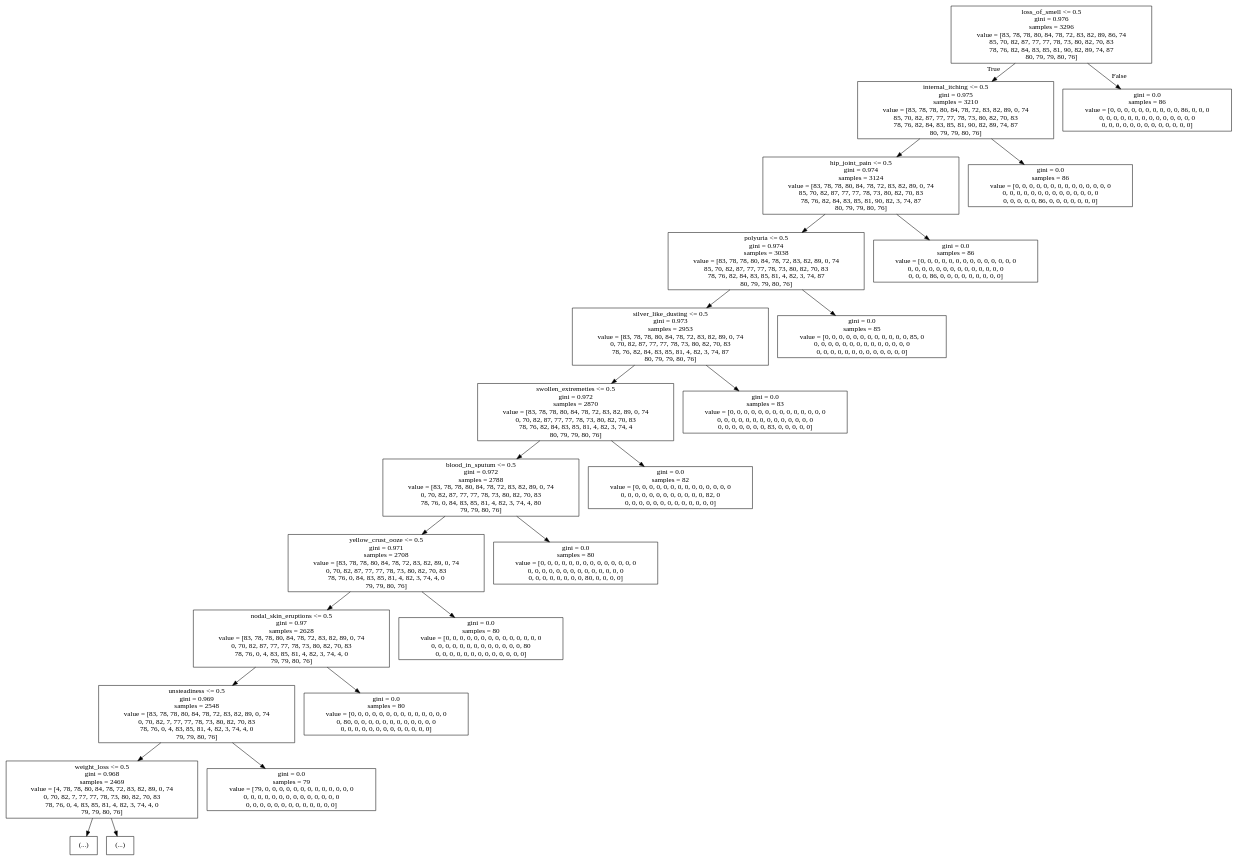
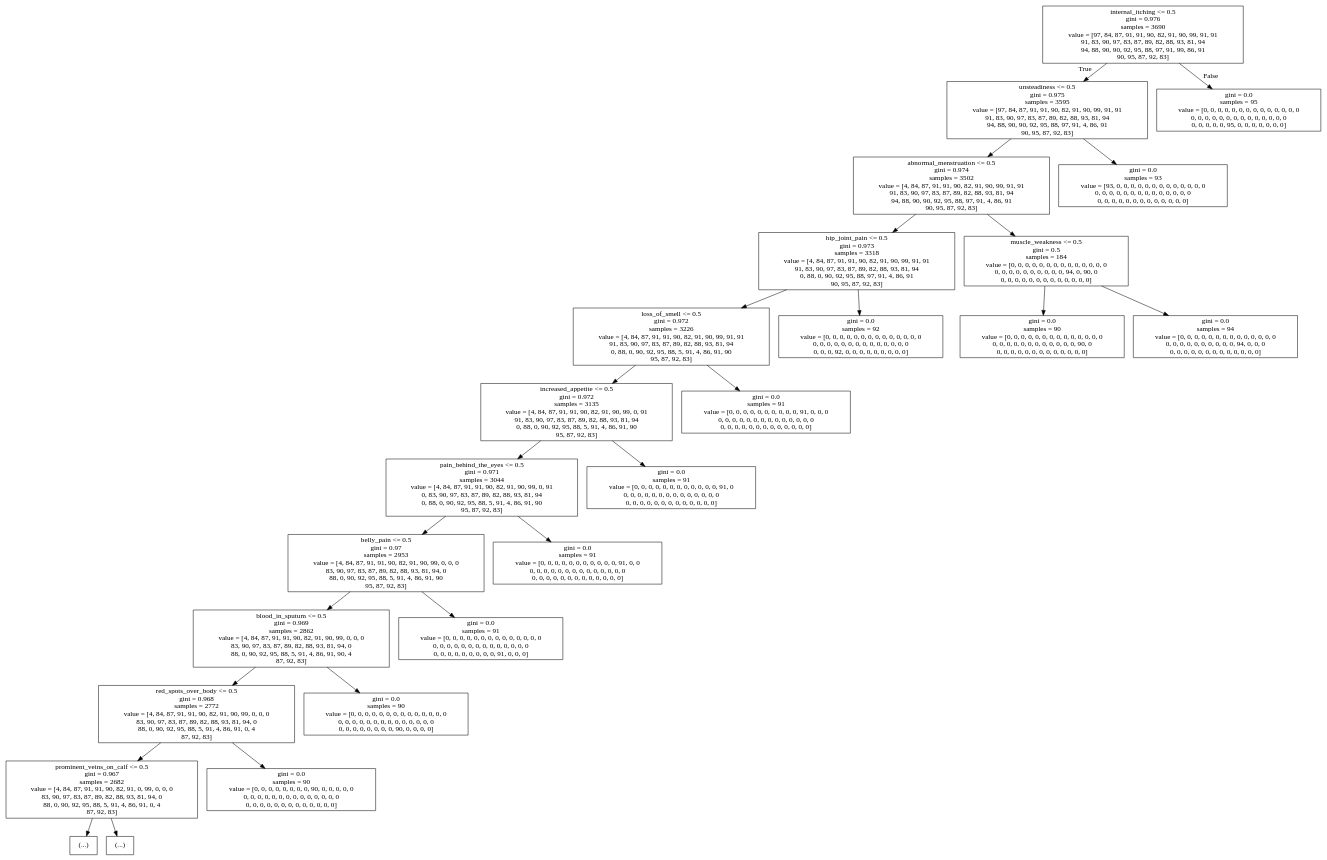
One commit to nnthanh101/Machine-Learning changed the diagram in dot-files/decision-tree-top10.dot. Above: the diagram before and after it, drawn with Graphviz. The commit also changed 4 other files, not shown here.

```diff
--- a/dot-files/decision-tree-top10.dot
+++ b/dot-files/decision-tree-top10.dot
@@ -1,48 +1,52 @@
 digraph Tree {
 node [shape=box] ;
-0 [label="loss_of_smell <= 0.5\ngini = 0.976\nsamples = 3296\nvalue = [83, 78, 78, 80, 84, 78, 72, 83, 82, 89, 86, 74\n85, 70, 82, 87, 77, 77, 78, 73, 80, 82, 70, 83\n78, 76, 82, 84, 83, 85, 81, 90, 82, 89, 74, 87\n80, 79, 79, 80, 76]"] ;
-1 [label="internal_itching <= 0.5\ngini = 0.975\nsamples = 3210\nvalue = [83, 78, 78, 80, 84, 78, 72, 83, 82, 89, 0, 74\n85, 70, 82, 87, 77, 77, 78, 73, 80, 82, 70, 83\n78, 76, 82, 84, 83, 85, 81, 90, 82, 89, 74, 87\n80, 79, 79, 80, 76]"] ;
+0 [label="internal_itching <= 0.5\ngini = 0.976\nsamples = 3690\nvalue = [97, 84, 87, 91, 91, 90, 82, 91, 90, 99, 91, 91\n91, 83, 90, 97, 83, 87, 89, 82, 88, 93, 81, 94\n94, 88, 90, 90, 92, 95, 88, 97, 91, 99, 86, 91\n90, 95, 87, 92, 83]"] ;
+1 [label="unsteadiness <= 0.5\ngini = 0.975\nsamples = 3595\nvalue = [97, 84, 87, 91, 91, 90, 82, 91, 90, 99, 91, 91\n91, 83, 90, 97, 83, 87, 89, 82, 88, 93, 81, 94\n94, 88, 90, 90, 92, 95, 88, 97, 91, 4, 86, 91\n90, 95, 87, 92, 83]"] ;
 0 -> 1 [labeldistance=2.5, labelangle=45, headlabel="True"] ;
-2 [label="hip_joint_pain <= 0.5\ngini = 0.974\nsamples = 3124\nvalue = [83, 78, 78, 80, 84, 78, 72, 83, 82, 89, 0, 74\n85, 70, 82, 87, 77, 77, 78, 73, 80, 82, 70, 83\n78, 76, 82, 84, 83, 85, 81, 90, 82, 3, 74, 87\n80, 79, 79, 80, 76]"] ;
+2 [label="abnormal_menstruation <= 0.5\ngini = 0.974\nsamples = 3502\nvalue = [4, 84, 87, 91, 91, 90, 82, 91, 90, 99, 91, 91\n91, 83, 90, 97, 83, 87, 89, 82, 88, 93, 81, 94\n94, 88, 90, 90, 92, 95, 88, 97, 91, 4, 86, 91\n90, 95, 87, 92, 83]"] ;
 1 -> 2 ;
-3 [label="polyuria <= 0.5\ngini = 0.974\nsamples = 3038\nvalue = [83, 78, 78, 80, 84, 78, 72, 83, 82, 89, 0, 74\n85, 70, 82, 87, 77, 77, 78, 73, 80, 82, 70, 83\n78, 76, 82, 84, 83, 85, 81, 4, 82, 3, 74, 87\n80, 79, 79, 80, 76]"] ;
+3 [label="hip_joint_pain <= 0.5\ngini = 0.973\nsamples = 3318\nvalue = [4, 84, 87, 91, 91, 90, 82, 91, 90, 99, 91, 91\n91, 83, 90, 97, 83, 87, 89, 82, 88, 93, 81, 94\n0, 88, 0, 90, 92, 95, 88, 97, 91, 4, 86, 91\n90, 95, 87, 92, 83]"] ;
 2 -> 3 ;
-4 [label="silver_like_dusting <= 0.5\ngini = 0.973\nsamples = 2953\nvalue = [83, 78, 78, 80, 84, 78, 72, 83, 82, 89, 0, 74\n0, 70, 82, 87, 77, 77, 78, 73, 80, 82, 70, 83\n78, 76, 82, 84, 83, 85, 81, 4, 82, 3, 74, 87\n80, 79, 79, 80, 76]"] ;
+4 [label="loss_of_smell <= 0.5\ngini = 0.972\nsamples = 3226\nvalue = [4, 84, 87, 91, 91, 90, 82, 91, 90, 99, 91, 91\n91, 83, 90, 97, 83, 87, 89, 82, 88, 93, 81, 94\n0, 88, 0, 90, 92, 95, 88, 5, 91, 4, 86, 91, 90\n95, 87, 92, 83]"] ;
 3 -> 4 ;
-5 [label="swollen_extremeties <= 0.5\ngini = 0.972\nsamples = 2870\nvalue = [83, 78, 78, 80, 84, 78, 72, 83, 82, 89, 0, 74\n0, 70, 82, 87, 77, 77, 78, 73, 80, 82, 70, 83\n78, 76, 82, 84, 83, 85, 81, 4, 82, 3, 74, 4\n80, 79, 79, 80, 76]"] ;
+5 [label="increased_appetite <= 0.5\ngini = 0.972\nsamples = 3135\nvalue = [4, 84, 87, 91, 91, 90, 82, 91, 90, 99, 0, 91\n91, 83, 90, 97, 83, 87, 89, 82, 88, 93, 81, 94\n0, 88, 0, 90, 92, 95, 88, 5, 91, 4, 86, 91, 90\n95, 87, 92, 83]"] ;
 4 -> 5 ;
-6 [label="blood_in_sputum <= 0.5\ngini = 0.972\nsamples = 2788\nvalue = [83, 78, 78, 80, 84, 78, 72, 83, 82, 89, 0, 74\n0, 70, 82, 87, 77, 77, 78, 73, 80, 82, 70, 83\n78, 76, 0, 84, 83, 85, 81, 4, 82, 3, 74, 4, 80\n79, 79, 80, 76]"] ;
+6 [label="pain_behind_the_eyes <= 0.5\ngini = 0.971\nsamples = 3044\nvalue = [4, 84, 87, 91, 91, 90, 82, 91, 90, 99, 0, 91\n0, 83, 90, 97, 83, 87, 89, 82, 88, 93, 81, 94\n0, 88, 0, 90, 92, 95, 88, 5, 91, 4, 86, 91, 90\n95, 87, 92, 83]"] ;
 5 -> 6 ;
-7 [label="yellow_crust_ooze <= 0.5\ngini = 0.971\nsamples = 2708\nvalue = [83, 78, 78, 80, 84, 78, 72, 83, 82, 89, 0, 74\n0, 70, 82, 87, 77, 77, 78, 73, 80, 82, 70, 83\n78, 76, 0, 84, 83, 85, 81, 4, 82, 3, 74, 4, 0\n79, 79, 80, 76]"] ;
+7 [label="belly_pain <= 0.5\ngini = 0.97\nsamples = 2953\nvalue = [4, 84, 87, 91, 91, 90, 82, 91, 90, 99, 0, 0, 0\n83, 90, 97, 83, 87, 89, 82, 88, 93, 81, 94, 0\n88, 0, 90, 92, 95, 88, 5, 91, 4, 86, 91, 90\n95, 87, 92, 83]"] ;
 6 -> 7 ;
-8 [label="nodal_skin_eruptions <= 0.5\ngini = 0.97\nsamples = 2628\nvalue = [83, 78, 78, 80, 84, 78, 72, 83, 82, 89, 0, 74\n0, 70, 82, 87, 77, 77, 78, 73, 80, 82, 70, 83\n78, 76, 0, 4, 83, 85, 81, 4, 82, 3, 74, 4, 0\n79, 79, 80, 76]"] ;
+8 [label="blood_in_sputum <= 0.5\ngini = 0.969\nsamples = 2862\nvalue = [4, 84, 87, 91, 91, 90, 82, 91, 90, 99, 0, 0, 0\n83, 90, 97, 83, 87, 89, 82, 88, 93, 81, 94, 0\n88, 0, 90, 92, 95, 88, 5, 91, 4, 86, 91, 90, 4\n87, 92, 83]"] ;
 7 -> 8 ;
-9 [label="unsteadiness <= 0.5\ngini = 0.969\nsamples = 2548\nvalue = [83, 78, 78, 80, 84, 78, 72, 83, 82, 89, 0, 74\n0, 70, 82, 7, 77, 77, 78, 73, 80, 82, 70, 83\n78, 76, 0, 4, 83, 85, 81, 4, 82, 3, 74, 4, 0\n79, 79, 80, 76]"] ;
+9 [label="red_spots_over_body <= 0.5\ngini = 0.968\nsamples = 2772\nvalue = [4, 84, 87, 91, 91, 90, 82, 91, 90, 99, 0, 0, 0\n83, 90, 97, 83, 87, 89, 82, 88, 93, 81, 94, 0\n88, 0, 90, 92, 95, 88, 5, 91, 4, 86, 91, 0, 4\n87, 92, 83]"] ;
 8 -> 9 ;
-10 [label="weight_loss <= 0.5\ngini = 0.968\nsamples = 2469\nvalue = [4, 78, 78, 80, 84, 78, 72, 83, 82, 89, 0, 74\n0, 70, 82, 7, 77, 77, 78, 73, 80, 82, 70, 83\n78, 76, 0, 4, 83, 85, 81, 4, 82, 3, 74, 4, 0\n79, 79, 80, 76]"] ;
+10 [label="prominent_veins_on_calf <= 0.5\ngini = 0.967\nsamples = 2682\nvalue = [4, 84, 87, 91, 91, 90, 82, 91, 0, 99, 0, 0, 0\n83, 90, 97, 83, 87, 89, 82, 88, 93, 81, 94, 0\n88, 0, 90, 92, 95, 88, 5, 91, 4, 86, 91, 0, 4\n87, 92, 83]"] ;
 9 -> 10 ;
 11 [label="(...)"] ;
 10 -> 11 ;
-134 [label="(...)"] ;
-10 -> 134 ;
-137 [label="gini = 0.0\nsamples = 79\nvalue = [79, 0, 0, 0, 0, 0, 0, 0, 0, 0, 0, 0, 0, 0\n0, 0, 0, 0, 0, 0, 0, 0, 0, 0, 0, 0, 0, 0\n0, 0, 0, 0, 0, 0, 0, 0, 0, 0, 0, 0, 0]"] ;
-9 -> 137 ;
-138 [label="gini = 0.0\nsamples = 80\nvalue = [0, 0, 0, 0, 0, 0, 0, 0, 0, 0, 0, 0, 0, 0\n0, 80, 0, 0, 0, 0, 0, 0, 0, 0, 0, 0, 0, 0\n0, 0, 0, 0, 0, 0, 0, 0, 0, 0, 0, 0, 0]"] ;
-8 -> 138 ;
-139 [label="gini = 0.0\nsamples = 80\nvalue = [0, 0, 0, 0, 0, 0, 0, 0, 0, 0, 0, 0, 0, 0\n0, 0, 0, 0, 0, 0, 0, 0, 0, 0, 0, 0, 0, 80\n0, 0, 0, 0, 0, 0, 0, 0, 0, 0, 0, 0, 0]"] ;
-7 -> 139 ;
-140 [label="gini = 0.0\nsamples = 80\nvalue = [0, 0, 0, 0, 0, 0, 0, 0, 0, 0, 0, 0, 0, 0\n0, 0, 0, 0, 0, 0, 0, 0, 0, 0, 0, 0, 0, 0\n0, 0, 0, 0, 0, 0, 0, 0, 80, 0, 0, 0, 0]"] ;
-6 -> 140 ;
-141 [label="gini = 0.0\nsamples = 82\nvalue = [0, 0, 0, 0, 0, 0, 0, 0, 0, 0, 0, 0, 0, 0\n0, 0, 0, 0, 0, 0, 0, 0, 0, 0, 0, 0, 82, 0\n0, 0, 0, 0, 0, 0, 0, 0, 0, 0, 0, 0, 0]"] ;
-5 -> 141 ;
-142 [label="gini = 0.0\nsamples = 83\nvalue = [0, 0, 0, 0, 0, 0, 0, 0, 0, 0, 0, 0, 0, 0\n0, 0, 0, 0, 0, 0, 0, 0, 0, 0, 0, 0, 0, 0\n0, 0, 0, 0, 0, 0, 0, 83, 0, 0, 0, 0, 0]"] ;
-4 -> 142 ;
-143 [label="gini = 0.0\nsamples = 85\nvalue = [0, 0, 0, 0, 0, 0, 0, 0, 0, 0, 0, 0, 85, 0\n0, 0, 0, 0, 0, 0, 0, 0, 0, 0, 0, 0, 0, 0\n0, 0, 0, 0, 0, 0, 0, 0, 0, 0, 0, 0, 0]"] ;
-3 -> 143 ;
-144 [label="gini = 0.0\nsamples = 86\nvalue = [0, 0, 0, 0, 0, 0, 0, 0, 0, 0, 0, 0, 0, 0\n0, 0, 0, 0, 0, 0, 0, 0, 0, 0, 0, 0, 0, 0\n0, 0, 0, 86, 0, 0, 0, 0, 0, 0, 0, 0, 0]"] ;
-2 -> 144 ;
-145 [label="gini = 0.0\nsamples = 86\nvalue = [0, 0, 0, 0, 0, 0, 0, 0, 0, 0, 0, 0, 0, 0\n0, 0, 0, 0, 0, 0, 0, 0, 0, 0, 0, 0, 0, 0\n0, 0, 0, 0, 0, 86, 0, 0, 0, 0, 0, 0, 0]"] ;
-1 -> 145 ;
-146 [label="gini = 0.0\nsamples = 86\nvalue = [0, 0, 0, 0, 0, 0, 0, 0, 0, 0, 86, 0, 0, 0\n0, 0, 0, 0, 0, 0, 0, 0, 0, 0, 0, 0, 0, 0\n0, 0, 0, 0, 0, 0, 0, 0, 0, 0, 0, 0, 0]"] ;
-0 -> 146 [labeldistance=2.5, labelangle=-45, headlabel="False"] ;
+128 [label="(...)"] ;
+10 -> 128 ;
+129 [label="gini = 0.0\nsamples = 90\nvalue = [0, 0, 0, 0, 0, 0, 0, 0, 90, 0, 0, 0, 0, 0\n0, 0, 0, 0, 0, 0, 0, 0, 0, 0, 0, 0, 0, 0\n0, 0, 0, 0, 0, 0, 0, 0, 0, 0, 0, 0, 0]"] ;
+9 -> 129 ;
+130 [label="gini = 0.0\nsamples = 90\nvalue = [0, 0, 0, 0, 0, 0, 0, 0, 0, 0, 0, 0, 0, 0\n0, 0, 0, 0, 0, 0, 0, 0, 0, 0, 0, 0, 0, 0\n0, 0, 0, 0, 0, 0, 0, 0, 90, 0, 0, 0, 0]"] ;
+8 -> 130 ;
+131 [label="gini = 0.0\nsamples = 91\nvalue = [0, 0, 0, 0, 0, 0, 0, 0, 0, 0, 0, 0, 0, 0\n0, 0, 0, 0, 0, 0, 0, 0, 0, 0, 0, 0, 0, 0\n0, 0, 0, 0, 0, 0, 0, 0, 0, 91, 0, 0, 0]"] ;
+7 -> 131 ;
+132 [label="gini = 0.0\nsamples = 91\nvalue = [0, 0, 0, 0, 0, 0, 0, 0, 0, 0, 0, 91, 0, 0\n0, 0, 0, 0, 0, 0, 0, 0, 0, 0, 0, 0, 0, 0\n0, 0, 0, 0, 0, 0, 0, 0, 0, 0, 0, 0, 0]"] ;
+6 -> 132 ;
+133 [label="gini = 0.0\nsamples = 91\nvalue = [0, 0, 0, 0, 0, 0, 0, 0, 0, 0, 0, 0, 91, 0\n0, 0, 0, 0, 0, 0, 0, 0, 0, 0, 0, 0, 0, 0\n0, 0, 0, 0, 0, 0, 0, 0, 0, 0, 0, 0, 0]"] ;
+5 -> 133 ;
+134 [label="gini = 0.0\nsamples = 91\nvalue = [0, 0, 0, 0, 0, 0, 0, 0, 0, 0, 91, 0, 0, 0\n0, 0, 0, 0, 0, 0, 0, 0, 0, 0, 0, 0, 0, 0\n0, 0, 0, 0, 0, 0, 0, 0, 0, 0, 0, 0, 0]"] ;
+4 -> 134 ;
+135 [label="gini = 0.0\nsamples = 92\nvalue = [0, 0, 0, 0, 0, 0, 0, 0, 0, 0, 0, 0, 0, 0\n0, 0, 0, 0, 0, 0, 0, 0, 0, 0, 0, 0, 0, 0\n0, 0, 0, 92, 0, 0, 0, 0, 0, 0, 0, 0, 0]"] ;
+3 -> 135 ;
+136 [label="muscle_weakness <= 0.5\ngini = 0.5\nsamples = 184\nvalue = [0, 0, 0, 0, 0, 0, 0, 0, 0, 0, 0, 0, 0, 0\n0, 0, 0, 0, 0, 0, 0, 0, 0, 0, 94, 0, 90, 0\n0, 0, 0, 0, 0, 0, 0, 0, 0, 0, 0, 0, 0]"] ;
+2 -> 136 ;
+137 [label="gini = 0.0\nsamples = 90\nvalue = [0, 0, 0, 0, 0, 0, 0, 0, 0, 0, 0, 0, 0, 0\n0, 0, 0, 0, 0, 0, 0, 0, 0, 0, 0, 0, 90, 0\n0, 0, 0, 0, 0, 0, 0, 0, 0, 0, 0, 0, 0]"] ;
+136 -> 137 ;
+138 [label="gini = 0.0\nsamples = 94\nvalue = [0, 0, 0, 0, 0, 0, 0, 0, 0, 0, 0, 0, 0, 0\n0, 0, 0, 0, 0, 0, 0, 0, 0, 0, 94, 0, 0, 0\n0, 0, 0, 0, 0, 0, 0, 0, 0, 0, 0, 0, 0]"] ;
+136 -> 138 ;
+139 [label="gini = 0.0\nsamples = 93\nvalue = [93, 0, 0, 0, 0, 0, 0, 0, 0, 0, 0, 0, 0, 0\n0, 0, 0, 0, 0, 0, 0, 0, 0, 0, 0, 0, 0, 0\n0, 0, 0, 0, 0, 0, 0, 0, 0, 0, 0, 0, 0]"] ;
+1 -> 139 ;
+140 [label="gini = 0.0\nsamples = 95\nvalue = [0, 0, 0, 0, 0, 0, 0, 0, 0, 0, 0, 0, 0, 0\n0, 0, 0, 0, 0, 0, 0, 0, 0, 0, 0, 0, 0, 0\n0, 0, 0, 0, 0, 95, 0, 0, 0, 0, 0, 0, 0]"] ;
+0 -> 140 [labeldistance=2.5, labelangle=-45, headlabel="False"] ;
 }
```
